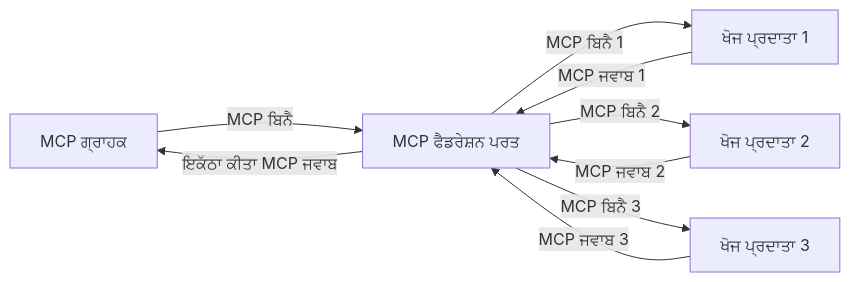
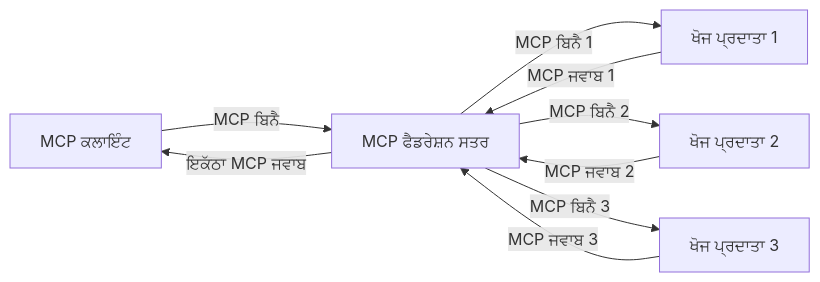
One commit to microsoft/mcp-for-beginners changed the third of 4 diagrams in translations/pa/05-AdvancedTopics/mcp-realtimesearch/README.md. Above: the diagram before and after it, drawn with Mermaid. The commit also changed other lines of this file and 129 other files, not shown here.

````diff
--- a/translations/pa/05-AdvancedTopics/mcp-realtimesearch/README.md
+++ b/translations/pa/05-AdvancedTopics/mcp-realtimesearch/README.md
@@ -610,11 +612,11 @@
 ```mermaid
 graph LR
-    Client[MCP ਗ੍ਰਾਹਕ] --> |MCP ਬਿਨੈ| Federation[MCP ਫੈਡਰੇਸ਼ਨ ਪਰਤ]
+    Client[MCP ਕਲਾਇੰਟ] --> |MCP ਬਿਨੈ| Federation[MCP ਫੈਡਰੇਸ਼ਨ ਸਤਰ]
     Federation --> |MCP ਬਿਨੈ 1| Search1[ਖੋਜ ਪ੍ਰਦਾਤਾ 1]
     Federation --> |MCP ਬਿਨੈ 2| Search2[ਖੋਜ ਪ੍ਰਦਾਤਾ 2]
     Federation --> |MCP ਬਿਨੈ 3| Search3[ਖੋਜ ਪ੍ਰਦਾਤਾ 3]
     Search1 --> |MCP ਜਵਾਬ 1| Federation
     Search2 --> |MCP ਜਵਾਬ 2| Federation
     Search3 --> |MCP ਜਵਾਬ 3| Federation
-    Federation --> |ਇਕੱਠਾ ਕੀਤਾ MCP ਜਵਾਬ| Client
+    Federation --> |ਇਕੱਠਾ MCP ਜਵਾਬ| Client
 ```
````
